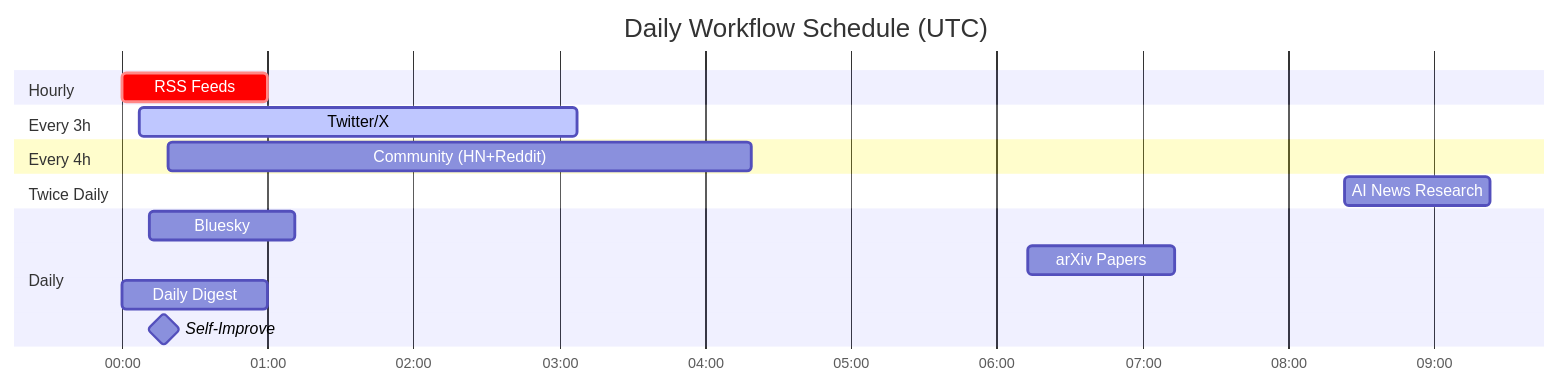
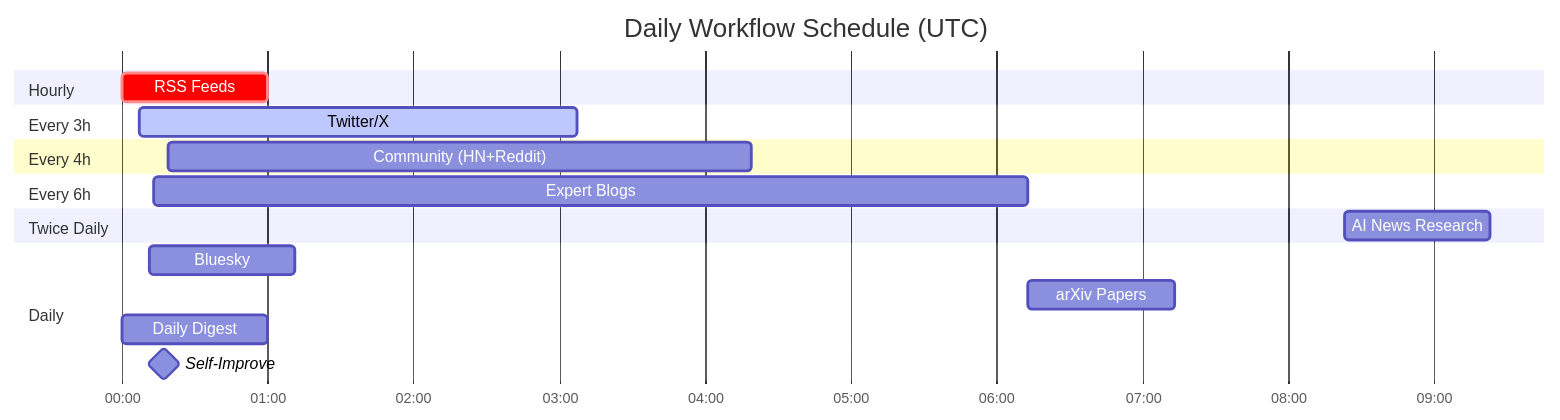
Before and after one commit to guzus/ai-research-arm: the second of 2 diagrams in README.md, drawn with Mermaid. The commit also changed other lines of this file and 6 other files, not shown here.

````diff
--- a/README.md
+++ b/README.md
@@ -86,24 +91,27 @@
 ```mermaid
 gantt
     title Daily Workflow Schedule (UTC)
     dateFormat HH:mm
     axisFormat %H:%M
 
     section Hourly
     RSS Feeds           :crit, 00:00, 1h
 
     section Every 3h
     Twitter/X           :active, 00:07, 3h
 
     section Every 4h
     Community (HN+Reddit) :00:19, 4h
 
+    section Every 6h
+    Expert Blogs        :00:13, 6h
+
     section Twice Daily
     AI News Research    :08:23, 1h
 
     section Daily
     Bluesky             :00:11, 1h
     arXiv Papers        :06:13, 1h
     Daily Digest        :00:00, 1h
     Self-Improve        :milestone, 00:17, 0h
 ```
````
